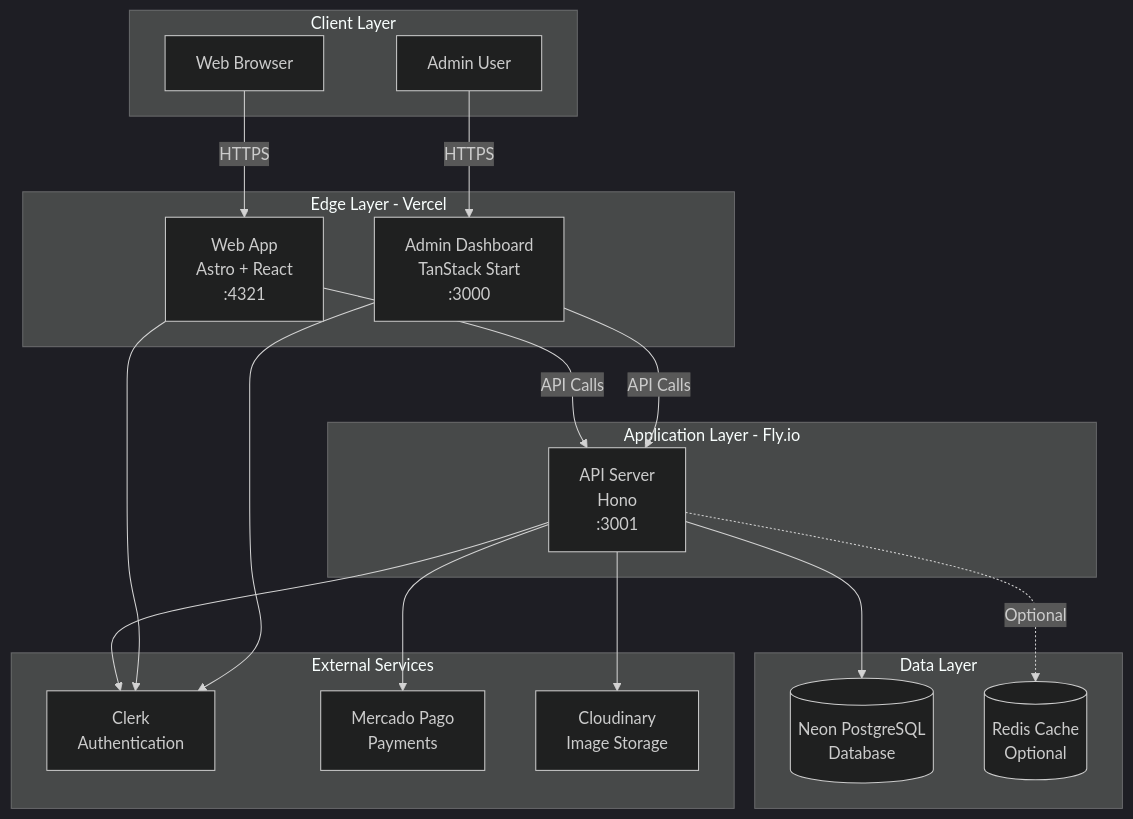
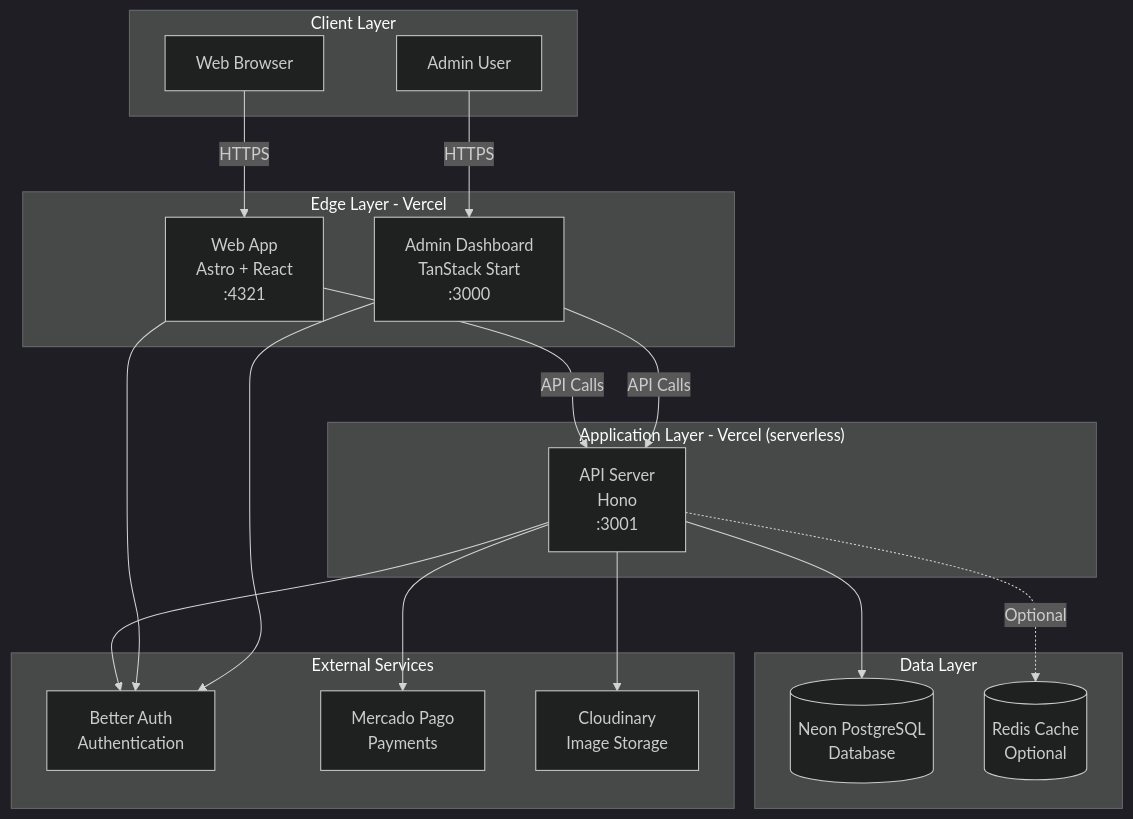
The first of 2 diagrams in docs/deployment/README.md (qazuor/hospeda), drawn with Mermaid (dark theme) before and after one commit. The commit also changed other lines of this file and 57 other files, not shown here.

````diff
--- a/docs/deployment/README.md
+++ b/docs/deployment/README.md
@@ -11,39 +29,39 @@
 ```mermaid
 graph TB
     subgraph "Client Layer"
         Browser[Web Browser]
         AdminUser[Admin User]
     end
 
     subgraph "Edge Layer - Vercel"
         Web[Web App<br/>Astro + React<br/>:4321]
         Admin[Admin Dashboard<br/>TanStack Start<br/>:3000]
     end
 
-    subgraph "Application Layer - Fly.io"
+    subgraph "Application Layer - Vercel (serverless)"
         API[API Server<br/>Hono<br/>:3001]
     end
 
     subgraph "Data Layer"
         DB[(Neon PostgreSQL<br/>Database)]
         Redis[(Redis Cache<br/>Optional)]
     end
 
     subgraph "External Services"
-        Clerk[Clerk<br/>Authentication]
+        BetterAuth[Better Auth<br/>Authentication]
         MercadoPago[Mercado Pago<br/>Payments]
         Cloudinary[Cloudinary<br/>Image Storage]
     end
 
     Browser -->|HTTPS| Web
     AdminUser -->|HTTPS| Admin
     Web -->|API Calls| API
     Admin -->|API Calls| API
     API --> DB
     API -.->|Optional| Redis
-    API --> Clerk
+    API --> BetterAuth
     API --> MercadoPago
     API --> Cloudinary
-    Web --> Clerk
-    Admin --> Clerk
+    Web --> BetterAuth
+    Admin --> BetterAuth
 ```
````
